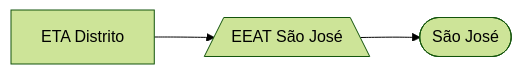
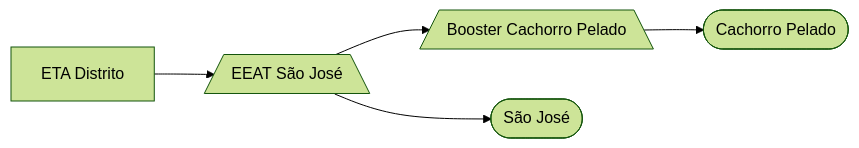
The diagram in ETA Distrito/EEAT São José.md (iagovls/CCO-Documentation), drawn with Mermaid (forest theme) before and after one commit. The commit also changed other lines of this file, not shown here.

````diff
--- a/ETA Distrito/EEAT São José.md
+++ b/ETA Distrito/EEAT São José.md
@@ -21,12 +24,16 @@
 ```mermaid
 flowchart LR
         
     ETA["ETA Distrito"] 
     EEATSaoJose[/"EEAT São José"\] 
+    BoosterCachorroPelado[/"Booster Cachorro Pelado"\] 
     SaoJose(["São José"]) 
+    CachorroPelado(["Cachorro Pelado"]) 
 
     %% Ligações
     ETA --> EEATSaoJose
     EEATSaoJose --> SaoJose
+    EEATSaoJose --> BoosterCachorroPelado
+    BoosterCachorroPelado --> CachorroPelado
         
 ```
````
